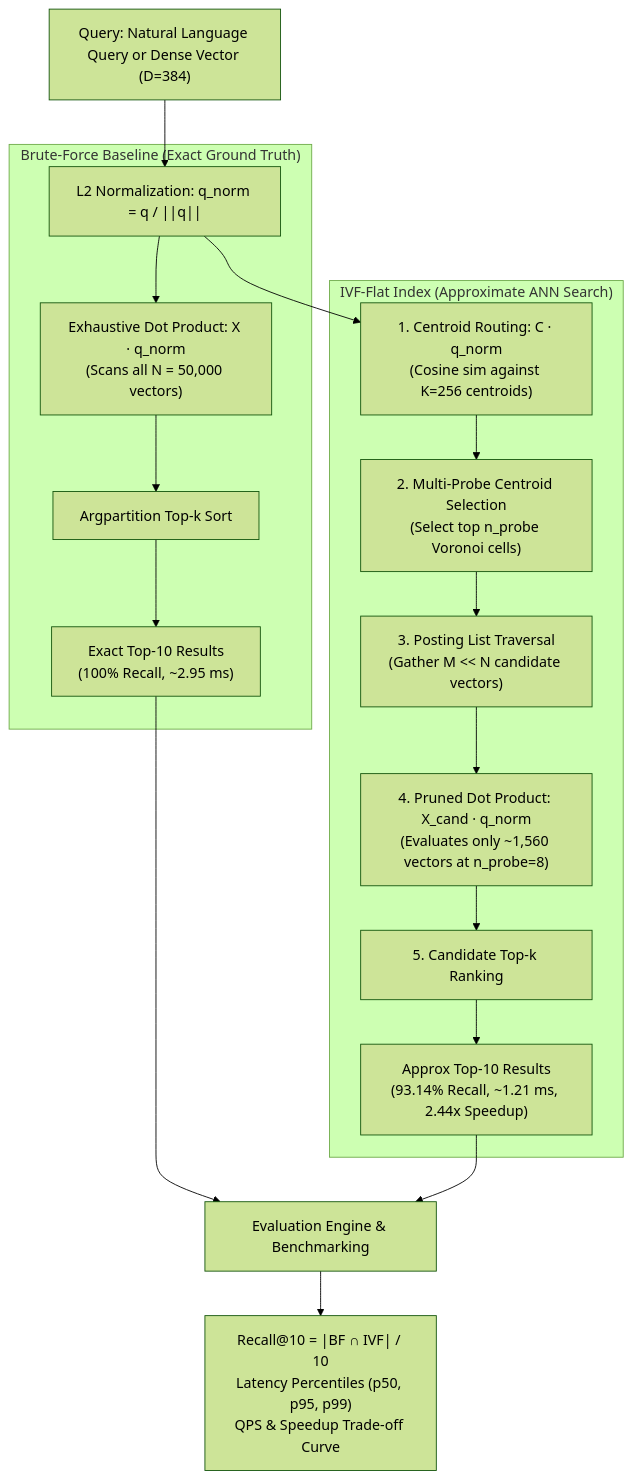
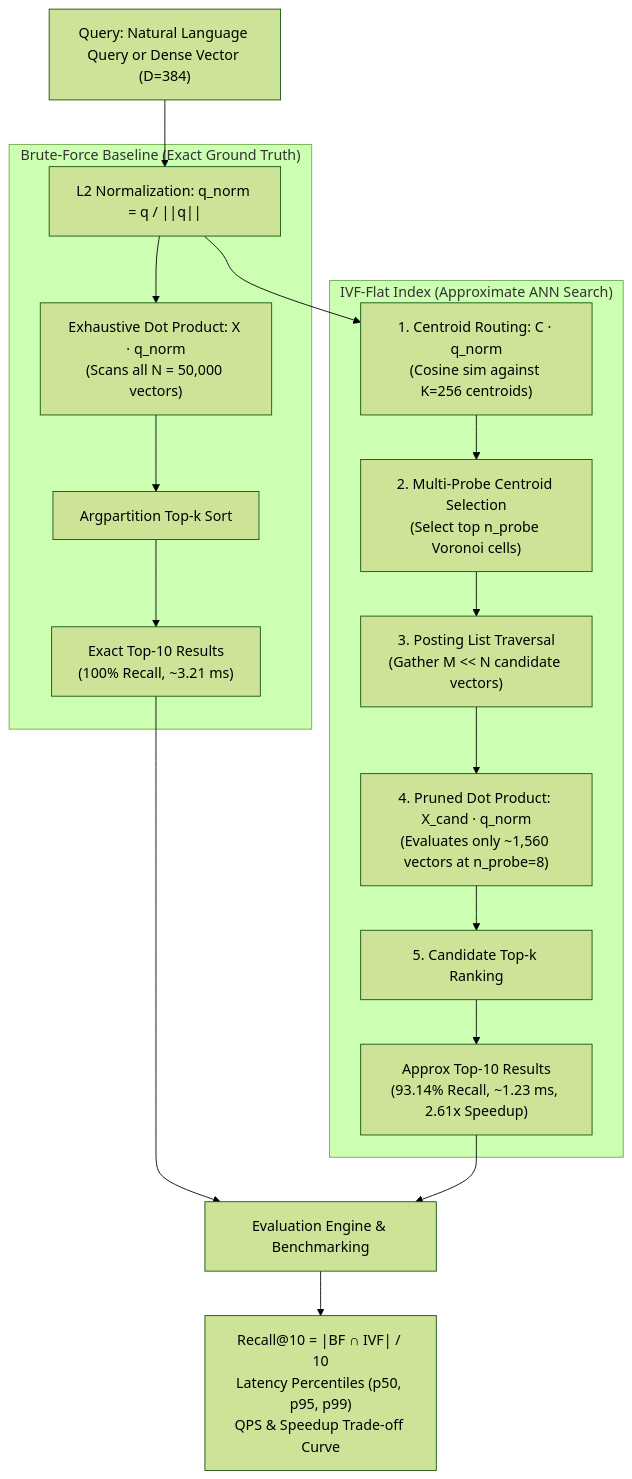
The diagram in README.md (aastha-jain76/VectorDB), drawn with Mermaid (forest theme) before and after one commit. The commit also changed other lines of this file and 4 other files, not shown here.

````diff
--- a/README.md
+++ b/README.md
@@ -36,23 +36,23 @@
 ```mermaid
 flowchart TD
     Q["Query: Natural Language Query or Dense Vector (D=384)"] --> N["L2 Normalization: q_norm = q / ||q||"]
     
     subgraph BF["Brute-Force Baseline (Exact Ground Truth)"]
         N --> BF_MATMUL["Exhaustive Dot Product: X · q_norm<br/>(Scans all N = 50,000 vectors)"]
         BF_MATMUL --> BF_SORT["Argpartition Top-k Sort"]
-        BF_SORT --> BF_RES["Exact Top-10 Results<br/>(100% Recall, ~2.95 ms)"]
+        BF_SORT --> BF_RES["Exact Top-10 Results<br/>(100% Recall, ~3.21 ms)"]
     end
     
     subgraph IVF["IVF-Flat Index (Approximate ANN Search)"]
         N --> IVF_ROUTING["1. Centroid Routing: C · q_norm<br/>(Cosine sim against K=256 centroids)"]
         IVF_ROUTING --> IVF_PROBE["2. Multi-Probe Centroid Selection<br/>(Select top n_probe Voronoi cells)"]
         IVF_PROBE --> IVF_POSTING["3. Posting List Traversal<br/>(Gather M << N candidate vectors)"]
         IVF_POSTING --> IVF_PRUNED["4. Pruned Dot Product: X_cand · q_norm<br/>(Evaluates only ~1,560 vectors at n_probe=8)"]
         IVF_PRUNED --> IVF_SORT["5. Candidate Top-k Ranking"]
-        IVF_SORT --> IVF_RES["Approx Top-10 Results<br/>(93.14% Recall, ~1.21 ms, 2.44x Speedup)"]
+        IVF_SORT --> IVF_RES["Approx Top-10 Results<br/>(93.14% Recall, ~1.23 ms, 2.61x Speedup)"]
     end
     
     BF_RES --> EVAL["Evaluation Engine & Benchmarking"]
     IVF_RES --> EVAL
     EVAL --> METRICS["Recall@10 = |BF ∩ IVF| / 10<br/>Latency Percentiles (p50, p95, p99)<br/>QPS & Speedup Trade-off Curve"]
 ```
````
